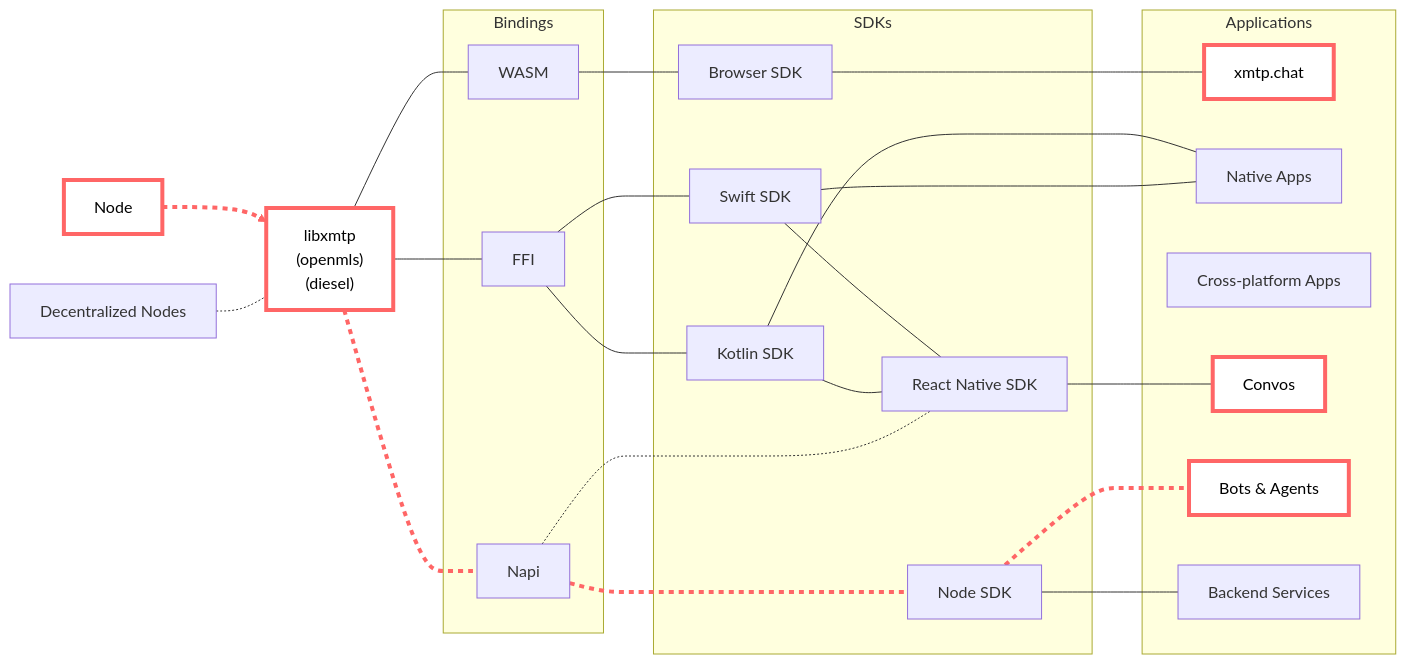
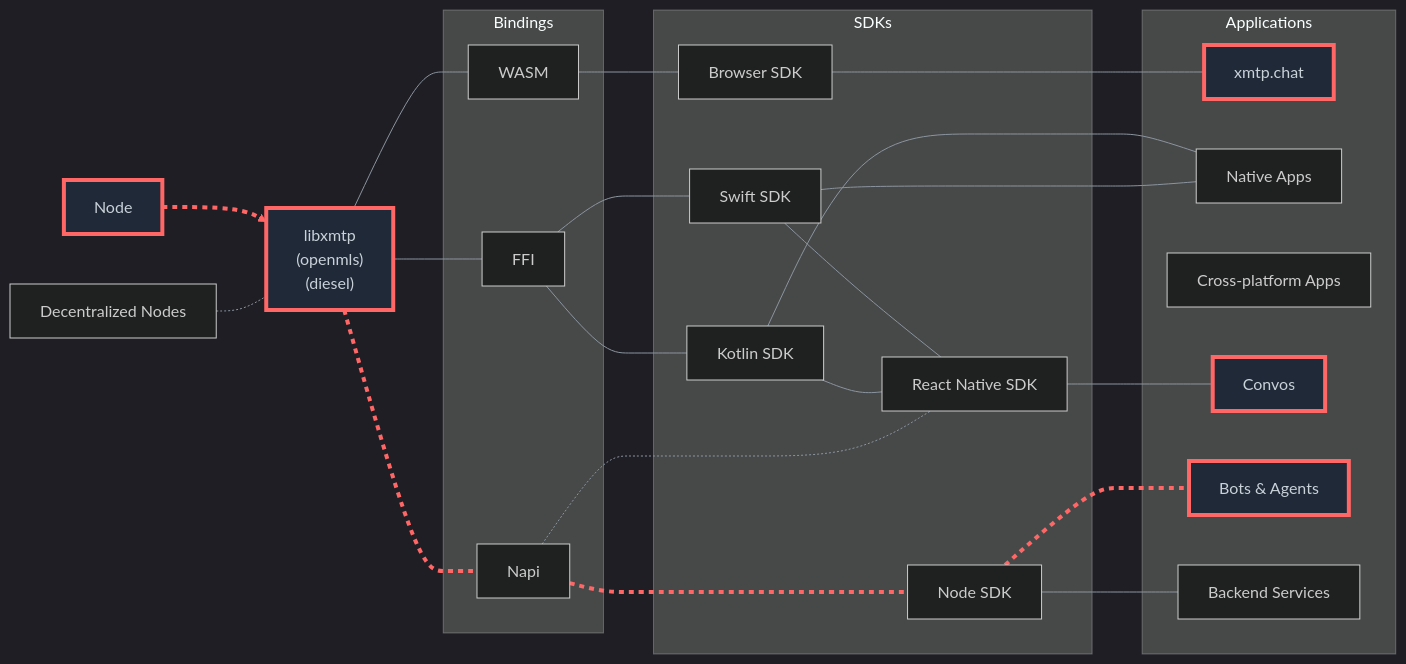
The diagram in README.md (xmtp/xmtp-qa-tools), drawn with Mermaid before and after one commit.

Commit message:
dark mode

````diff
--- a/README.md
+++ b/README.md
@@ -20,58 +20,77 @@
 ```mermaid
+%%{init: {
+  'theme': 'dark',
+  'themeVariables': {
+    'primaryColor': '#0D1117',
+    'primaryTextColor': '#c9d1d9',
+    'primaryBorderColor': '#30363d',
+    'lineColor': '#8b949e',
+    'secondaryColor': '#161b22',
+    'tertiaryColor': '#161b22'
+  },
+  'flowchart': {
+    'useMaxWidth': true,
+    'htmlLabels': true
+  },
+  'securityLevel': 'strict',
+  'disableClick': true,
+  'disableZoom': true,
+  'disablePan': true
+}}%%
 
 flowchart LR
   %% Core components and bindings
   subgraph Bindings["Bindings"]
     wasm["WASM"]
     ffi["FFI"]
     napi["Napi"]
   end
 
   subgraph SDKs["SDKs"]
     browserSDK["Browser SDK"]
     swiftSDK["Swift SDK"]
     kotlinSDK["Kotlin SDK"]
     reactNativeSDK["React Native SDK"]
     nodesdk["Node SDK"]
   end
 
   subgraph Applications["Applications"]
     webApps["xmtp.chat"]
     mobileApps["Native Apps"]
     crossPlatformApps["Cross-platform Apps"]
     messagingApps["Convos"]
     botAgents["Bots & Agents"]
     backendServices["Backend Services"]
   end
 
   centralNode["Node"] --> libxmtp["libxmtp<br>(openmls)<br>(diesel)"]
   libxmtp --- wasm
   libxmtp --- ffi
   kotlinSDK --- mobileApps
   libxmtp --- napi
 
   wasm --- browserSDK
   ffi --- swiftSDK
   ffi --- kotlinSDK
 
   swiftSDK --- reactNativeSDK
   kotlinSDK --- reactNativeSDK
 
   browserSDK --- webApps
 
   swiftSDK --- mobileApps
 
   napi --- nodesdk
   nodesdk --- botAgents
   nodesdk --- backendServices
 
   decentralNode["Decentralized Nodes"] -.- libxmtp
 
 
   reactNativeSDK --- messagingApps
   napi -.- reactNativeSDK
 
   linkStyle 0,4,12,13 stroke:#f66,stroke-width:4px,stroke-dasharray: 5,5;
-  classDef highlightStroke fill:#fff,stroke:#f66,color:#000,stroke-width:4px;
+  classDef highlightStroke fill:#1f2937,stroke:#f66,color:#c9d1d9,stroke-width:4px;
   class centralNode,libxmtp,webApps,messagingApps,botAgents highlightStroke;
 ```
````
